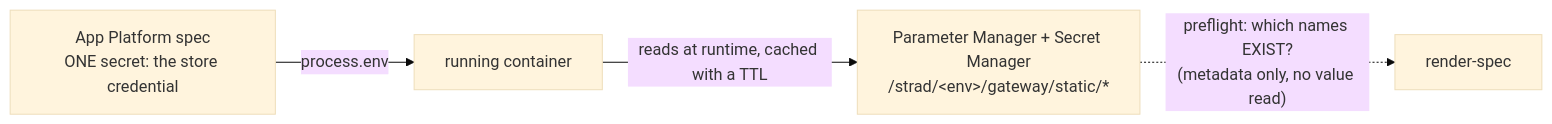
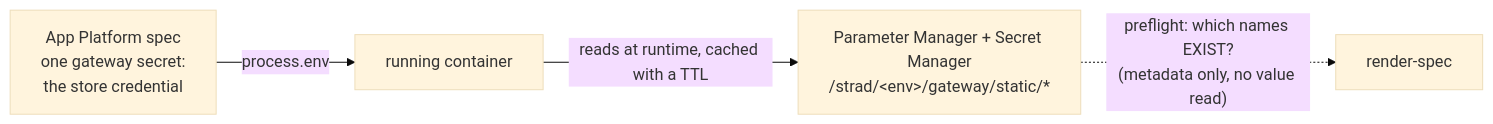
One commit to tadasant/strad changed the third of 3 diagrams in docs/src/content/docs/operate/deploy-model.md. Above: the diagram before and after it, drawn with Mermaid (base theme). The commit also changed other lines of this file and 20 other files, not shown here.

First line of the commit message:
Address fresh-eyes review: scope the store credential, restore fail-closed

````diff
--- a/docs/src/content/docs/operate/deploy-model.md
+++ b/docs/src/content/docs/operate/deploy-model.md
@@ -98,6 +98,6 @@
 ```mermaid
 flowchart LR
-    SPEC["App Platform spec<br/>ONE secret: the store credential"] -->|"process.env"| RUN["running container"]
+    SPEC["App Platform spec<br/>one gateway secret:<br/>the store credential"] -->|"process.env"| RUN["running container"]
     RUN -->|"reads at runtime, cached with a TTL"| PS["Parameter Manager + Secret Manager<br/>/strad/&lt;env&gt;/gateway/static/*"]
     PS -.->|"preflight: which names EXIST?<br/>(metadata only, no value read)"| CI["render-spec"]
 ```
````
